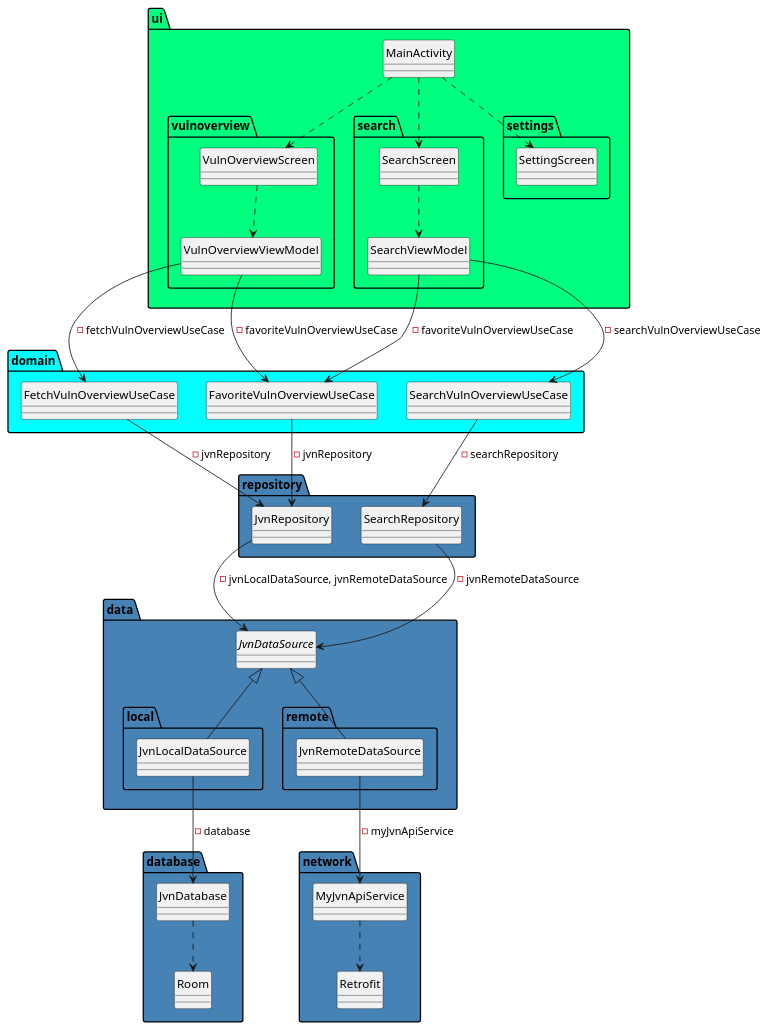
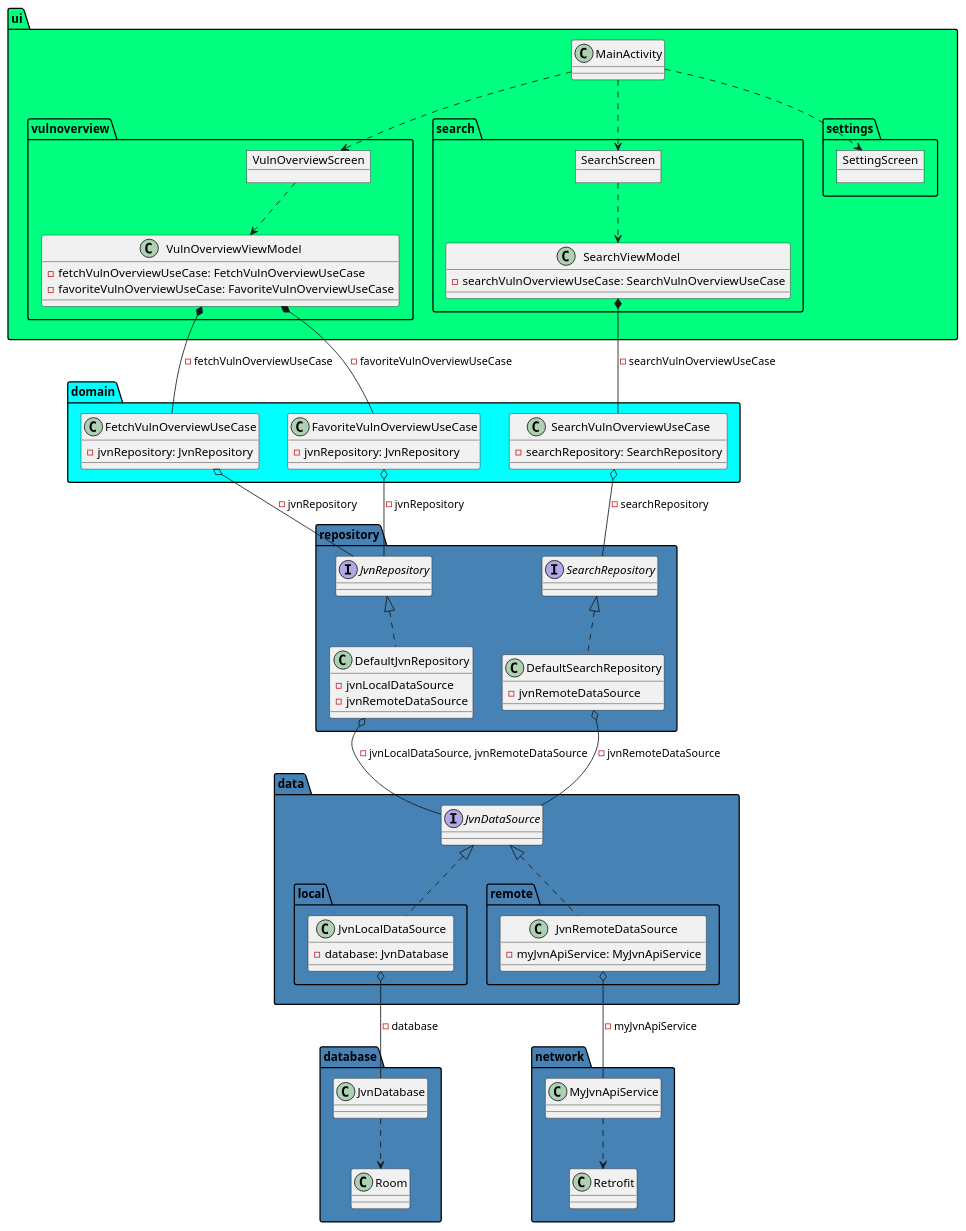
Before and after one commit to CASL0/jvnlookup: the diagram in docs/class/Class.puml, drawn with PlantUML. The commit also changed 1 other file, not shown here.

Commit message:
docs: クラス図修正

```diff
--- a/docs/class/Class.puml
+++ b/docs/class/Class.puml
@@ -1,87 +1,113 @@
 @startuml アプリアーキテクチャ
-hide circle
 package "ui" #00ff7f {
-    ' UI層
+  ' UI層
 
-    class MainActivity
+  class MainActivity
 
-    package "vulnoverview" {
-        ' ホーム画面
-        class VulnOverviewScreen
-        class VulnOverviewViewModel
-        VulnOverviewScreen .down.> VulnOverviewViewModel
+  package "vulnoverview" {
+    ' ホーム画面
+    object VulnOverviewScreen
+    class VulnOverviewViewModel {
+      -fetchVulnOverviewUseCase: FetchVulnOverviewUseCase
+      -favoriteVulnOverviewUseCase: FavoriteVulnOverviewUseCase
     }
+    VulnOverviewScreen .down.> VulnOverviewViewModel
+  }
 
-    package "search" {
-        ' 検索画面
-        class SearchScreen
-        class SearchViewModel
-        SearchScreen .down.> SearchViewModel
+  package "search" {
+    ' 検索画面
+    object SearchScreen
+    class SearchViewModel {
+      -searchVulnOverviewUseCase: SearchVulnOverviewUseCase
     }
+    SearchScreen .down.> SearchViewModel
+  }
 
-    package "settings" {
-        ' 設定画面
-        annotation SettingScreen
-    }
+  package "settings" {
+    ' 設定画面
+    object SettingScreen
+  }
 
-    MainActivity .down.> VulnOverviewScreen
-    MainActivity .down.> SearchScreen
-    MainActivity .down.> SettingScreen
+  MainActivity .down.> VulnOverviewScreen
+  MainActivity .down.> SearchScreen
+  MainActivity .down.> SettingScreen
 }
 
 package "domain" #00ffff {
-    ' ドメイン層
-    class FetchVulnOverviewUseCase
-    class FavoriteVulnOverviewUseCase
-    class SearchVulnOverviewUseCase
+  ' ドメイン層
+  class FetchVulnOverviewUseCase {
+    -jvnRepository: JvnRepository
+  }
+  class FavoriteVulnOverviewUseCase {
+    -jvnRepository: JvnRepository
+  }
+  class SearchVulnOverviewUseCase {
+    -searchRepository: SearchRepository
+  }
 }
 
 package "repository" #4682b4 {
-    class JvnRepository
-    class SearchRepository
+  interface JvnRepository
+  
+  class DefaultJvnRepository {
+    -jvnLocalDataSource
+    -jvnRemoteDataSource
+  }
+  
+  interface SearchRepository
+  
+  class DefaultSearchRepository {
+    -jvnRemoteDataSource
+  }
 }
 
 package "data" #4682b4 {
-    interface JvnDataSource
+  interface JvnDataSource
 
-    package "local" {
-        class JvnLocalDataSource
+  package "local" {
+    class JvnLocalDataSource {
+      -database: JvnDatabase
     }
-    
-    package "remote" {
-        class JvnRemoteDataSource
+  }
+  
+  package "remote" {
+    class JvnRemoteDataSource {
+      -myJvnApiService: MyJvnApiService
     }
-    
-    JvnDataSource <|-down- JvnLocalDataSource
-    JvnDataSource <|-down- JvnRemoteDataSource
+  }
+  
+  JvnDataSource <|.down. JvnLocalDataSource
+  JvnDataSource <|.down. JvnRemoteDataSource
 }
 
 package "network" #4682b4 {
-    class MyJvnApiService
-    class Retrofit
+  class MyJvnApiService
+  class Retrofit
 }
 
 package "database" #4682b4 {
-    class JvnDatabase
-    class Room
+  class JvnDatabase
+  class Room
 }
 
-VulnOverviewViewModel -down-> FetchVulnOverviewUseCase: -fetchVulnOverviewUseCase
-VulnOverviewViewModel -down-> FavoriteVulnOverviewUseCase: -favoriteVulnOverviewUseCase
-SearchViewModel -down-> SearchVulnOverviewUseCase: -searchVulnOverviewUseCase
-SearchViewModel -down-> FavoriteVulnOverviewUseCase: -favoriteVulnOverviewUseCase
+VulnOverviewViewModel *-down- FetchVulnOverviewUseCase: -fetchVulnOverviewUseCase
+VulnOverviewViewModel *-down- FavoriteVulnOverviewUseCase: -favoriteVulnOverviewUseCase
+SearchViewModel *-down- SearchVulnOverviewUseCase: -searchVulnOverviewUseCase
 
-FetchVulnOverviewUseCase -down-> JvnRepository: -jvnRepository
-FavoriteVulnOverviewUseCase -down-> JvnRepository: -jvnRepository
-SearchVulnOverviewUseCase -down-> SearchRepository: -searchRepository
+FetchVulnOverviewUseCase o-down- JvnRepository: -jvnRepository
+FavoriteVulnOverviewUseCase o-down- JvnRepository: -jvnRepository
+SearchVulnOverviewUseCase o-down- SearchRepository: -searchRepository
 
-JvnRepository -down-> JvnDataSource: -jvnLocalDataSource, jvnRemoteDataSource
-SearchRepository -down-> JvnDataSource: -jvnRemoteDataSource
+JvnRepository <|.down. DefaultJvnRepository
+SearchRepository <|.down. DefaultSearchRepository
 
-JvnLocalDataSource -down-> JvnDatabase: -database
-JvnRemoteDataSource -down-> MyJvnApiService: -myJvnApiService
+DefaultJvnRepository o-- JvnDataSource: -jvnLocalDataSource, jvnRemoteDataSource
+DefaultSearchRepository o-- JvnDataSource: -jvnRemoteDataSource
+
+JvnLocalDataSource o-- JvnDatabase: -database
+JvnRemoteDataSource o-- MyJvnApiService: -myJvnApiService
 
 MyJvnApiService .down.> Retrofit
 JvnDatabase .down.> Room
 
 @enduml
```
